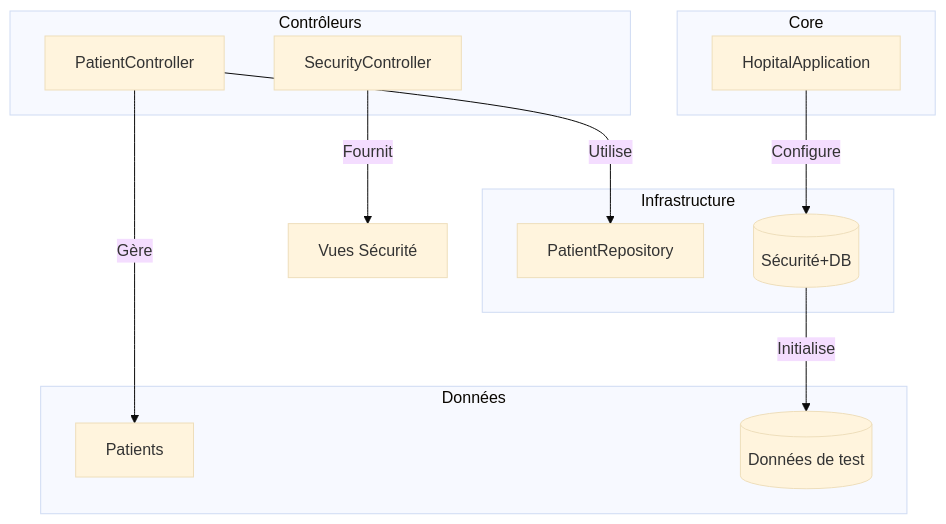
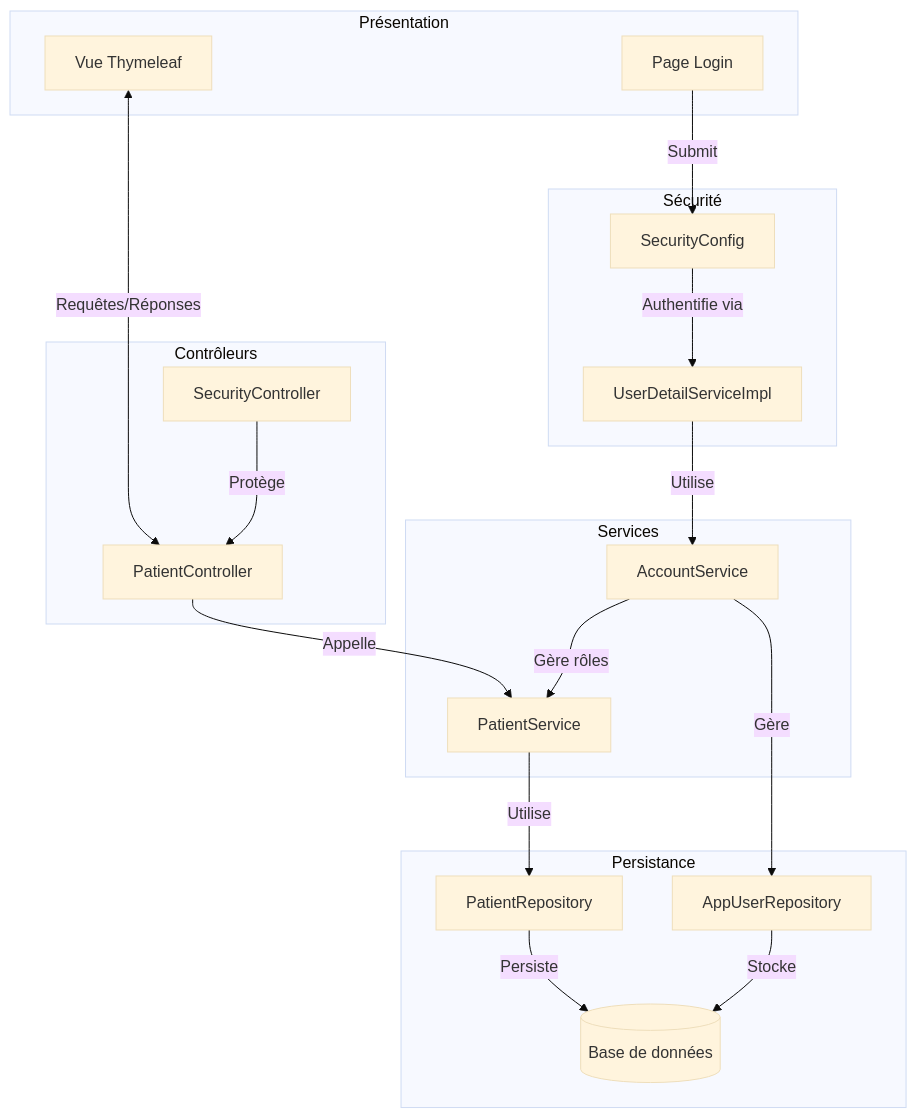
One commit to Safae26/Thymeleaf_SpringData_JPA_MVC changed the diagram in README.md. Above: the diagram before and after it, drawn with Mermaid (base theme). The commit also changed other lines of this file, not shown here.

````diff
--- a/README.md
+++ b/README.md
@@ -139,27 +140,47 @@
 ```mermaid
 flowchart TD
-    subgraph Contrôleurs
-        A[PatientController]
-        D[SecurityController]
+    subgraph Présentation
+        Vue[Vue Thymeleaf]
+        Login[Page Login]
     end
     
-    subgraph Core
-        F[HopitalApplication]
+    subgraph Contrôleurs
+        PatientCtrl[PatientController]
+        SecurityCtrl[SecurityController]
     end
     
-    subgraph Données
-        B[Patients]
-        H[(Données de test)]
+    subgraph Services
+        PatientService[PatientService]
+        AccountService[AccountService]
     end
     
-    subgraph Infrastructure
-        C[PatientRepository]
-        G[(Sécurité+DB)]
+    subgraph Persistance
+        PatientRepo[PatientRepository]
+        UserRepo[AppUserRepository]
+        DB[(Base de données)]
     end
     
-    A -->|Gère| B
-    A -->|Utilise| C
-    D -->|Fournit| E[Vues Sécurité]
-    F -->|Configure| G
-    G -->|Initialise| H
+    subgraph Sécurité
+        SecurityConf[SecurityConfig]
+        UserDetails[UserDetailServiceImpl]
+    end
+    
+    %% Flux principal
+    Vue <-->|Requêtes/Réponses| PatientCtrl
+    Login -->|Submit| SecurityConf
+    
+    %% Flux métier
+    PatientCtrl -->|Appelle| PatientService
+    PatientService -->|Utilise| PatientRepo
+    PatientRepo -->|Persiste| DB
+    
+    %% Flux sécurité
+    SecurityConf -->|Authentifie via| UserDetails
+    UserDetails -->|Utilise| AccountService
+    AccountService -->|Gère| UserRepo
+    UserRepo -->|Stocke| DB
+    
+    %% Relations transverses
+    SecurityCtrl -->|Protège| PatientCtrl
+    AccountService -->|Gère rôles| PatientService
 ```
````
